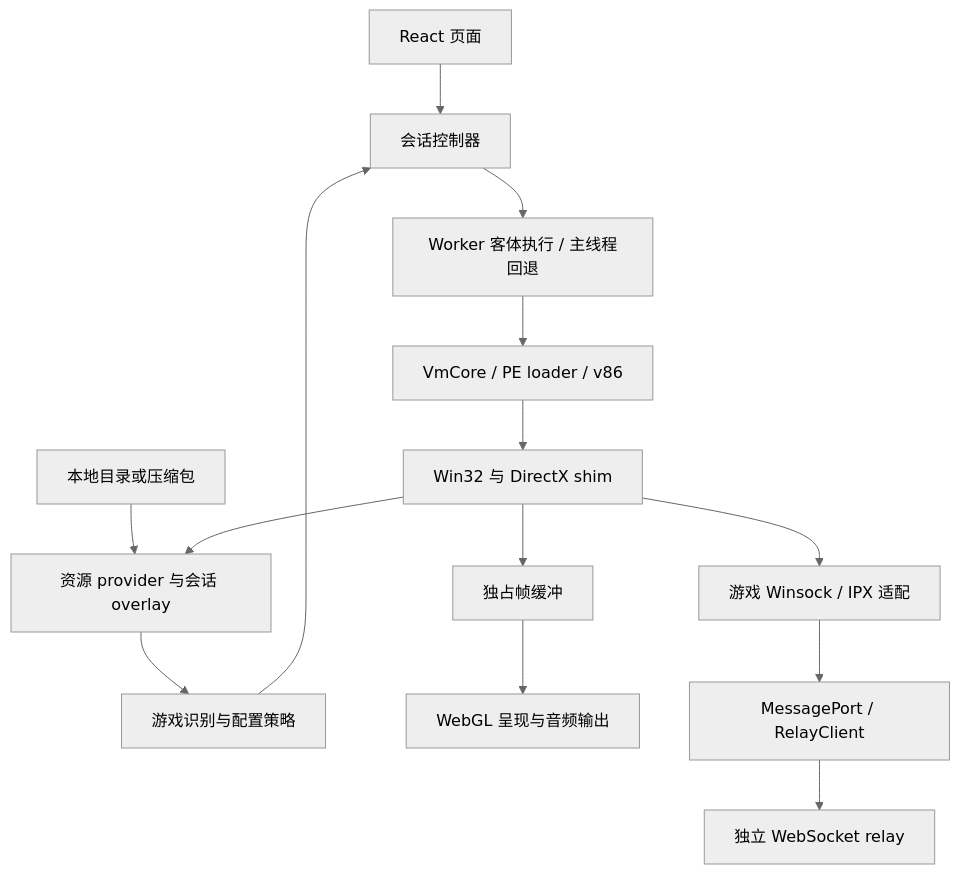
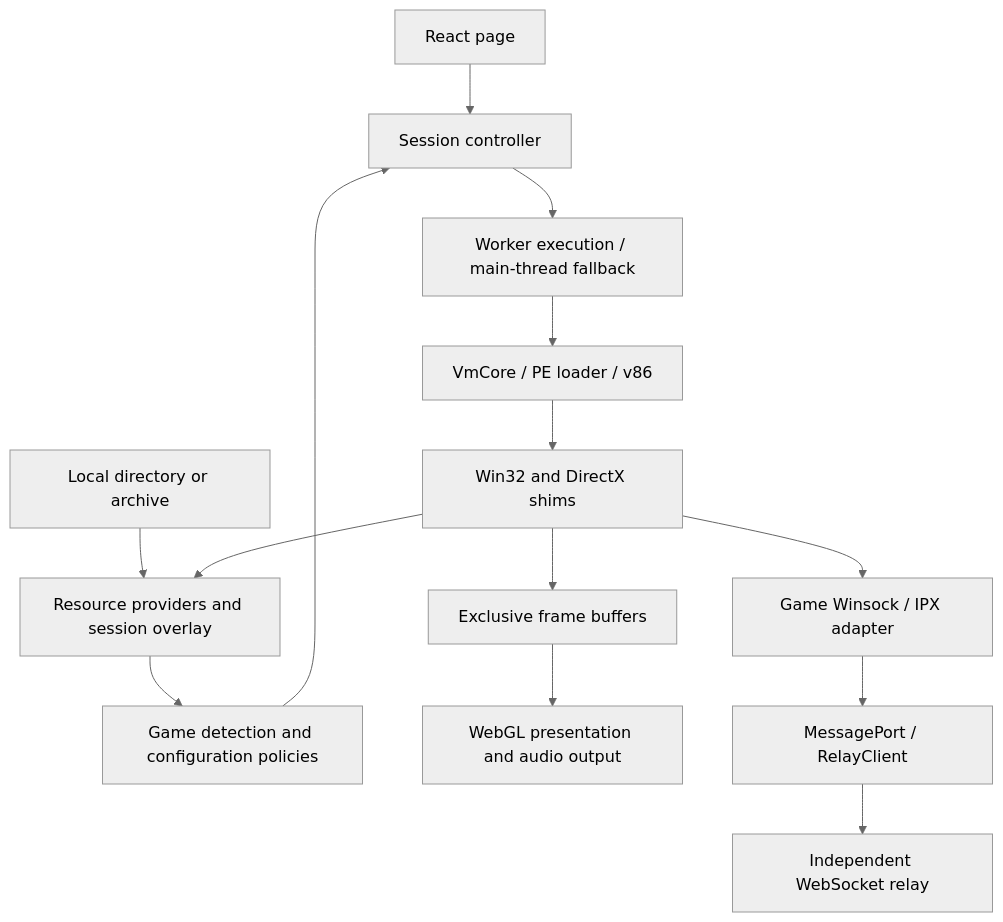
One commit to CrazyForks/ra2 changed the diagram in docs/ARCHITECTURE.md. Above: the diagram before and after it, drawn with Mermaid (neutral theme). The commit also changed other lines of this file and 364 other files, not shown here.

````diff
--- a/docs/ARCHITECTURE.md
+++ b/docs/ARCHITECTURE.md
@@ -11,16 +9,16 @@
 ```mermaid
 flowchart TD
-    UI[React 页面] --> Session[会话控制器]
-    Files[本地目录或压缩包] --> Providers[资源 provider 与会话 overlay]
-    Providers --> Game[游戏识别与配置策略]
+    UI[React page] --> Session[Session controller]
+    Files[Local directory or archive] --> Providers[Resource providers and session overlay]
+    Providers --> Game[Game detection and configuration policies]
     Game --> Session
-    Session --> Worker[Worker 客体执行 / 主线程回退]
+    Session --> Worker[Worker execution / main-thread fallback]
     Worker --> Core[VmCore / PE loader / v86]
-    Core --> Shim[Win32 与 DirectX shim]
+    Core --> Shim[Win32 and DirectX shims]
     Shim --> Providers
-    Shim --> Frames[独占帧缓冲]
-    Frames --> Presenter[WebGL 呈现与音频输出]
-    Shim --> Network[游戏 Winsock / IPX 适配]
+    Shim --> Frames[Exclusive frame buffers]
+    Frames --> Presenter[WebGL presentation and audio output]
+    Shim --> Network[Game Winsock / IPX adapter]
     Network --> Port[MessagePort / RelayClient]
-    Port --> Relay[独立 WebSocket relay]
+    Port --> Relay[Independent WebSocket relay]
 ```
````
